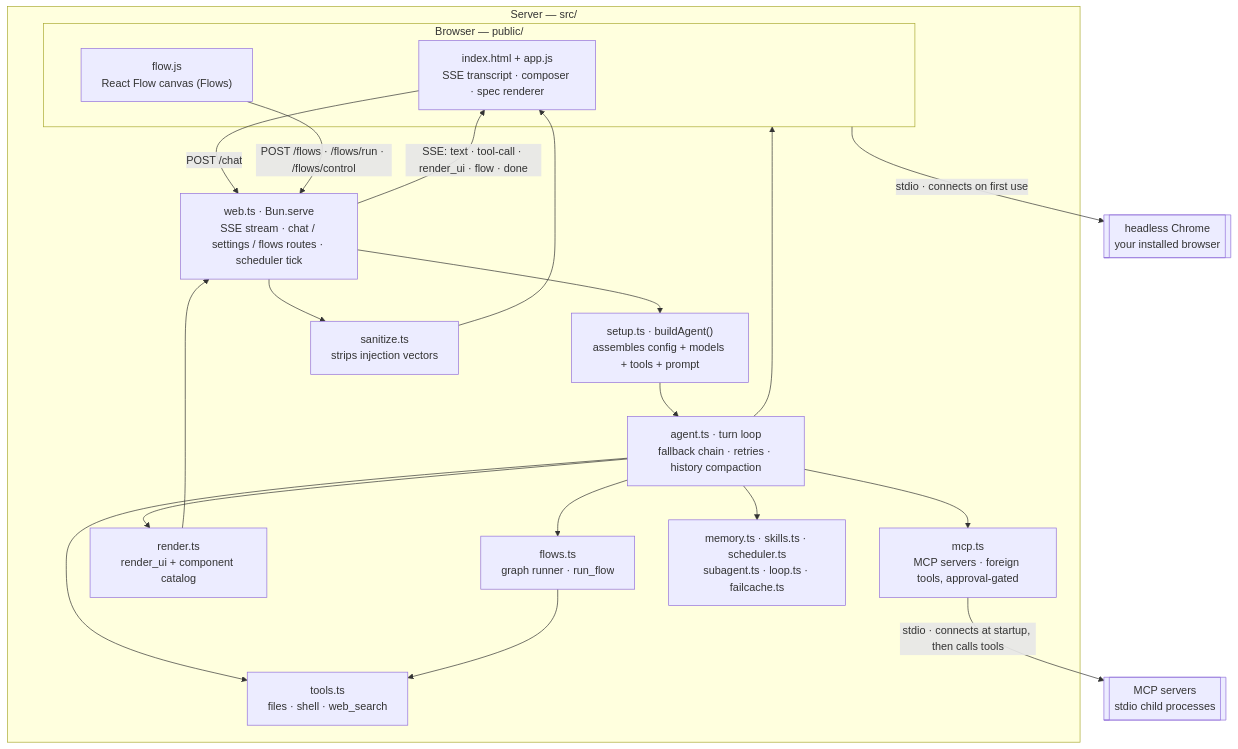
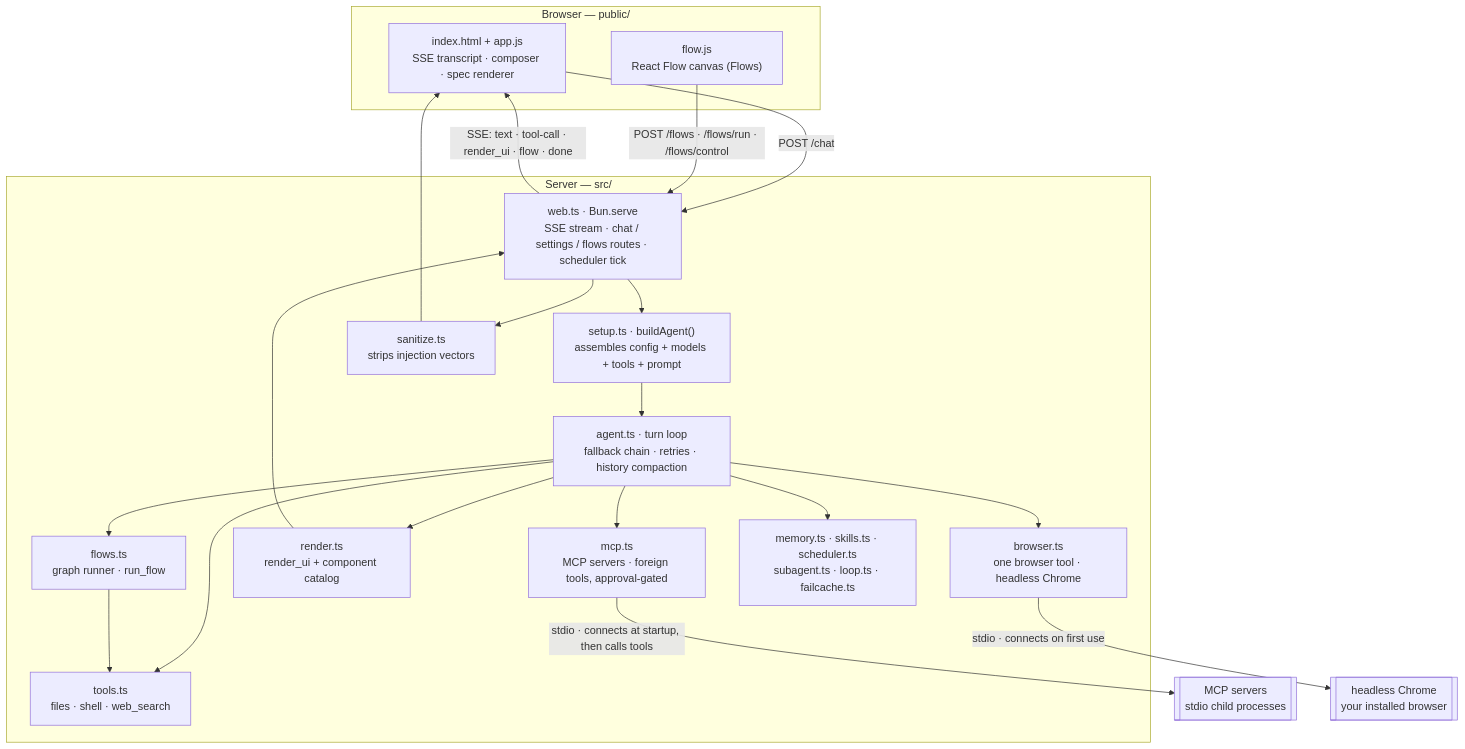
One commit to Adhishtanaka/adhd changed the first of 5 diagrams in README.md. Above: the diagram before and after it, drawn with Mermaid. The commit also changed other lines of this file, not shown here.

Commit message:
fix: rename subgraph and node for clarity in flowchart representation

````diff
--- a/README.md
+++ b/README.md
@@ -74,41 +74,41 @@
 ```mermaid
 flowchart TB
-  subgraph browser["Browser — public/"]
+  subgraph client["Browser — public/"]
     ui["index.html + app.js<br/>SSE transcript · composer · spec renderer"]
     flow["flow.js<br/>React Flow canvas (Flows)"]
   end
 
   subgraph server["Server — src/"]
     web["web.ts · Bun.serve<br/>SSE stream · chat / settings / flows routes · scheduler tick"]
     setup["setup.ts · buildAgent()<br/>assembles config + models + tools + prompt"]
     agent["agent.ts · turn loop<br/>fallback chain · retries · history compaction"]
     tools["tools.ts<br/>files · shell · web_search"]
     browser["browser.ts<br/>one browser tool · headless Chrome"]
     flows["flows.ts<br/>graph runner · run_flow"]
     render["render.ts<br/>render_ui + component catalog"]
     mcp["mcp.ts<br/>MCP servers · foreign tools, approval-gated"]
     extra["memory.ts · skills.ts · scheduler.ts<br/>subagent.ts · loop.ts · failcache.ts"]
     san["sanitize.ts<br/>strips injection vectors"]
   end
 
   srv[["MCP servers<br/>stdio child processes"]]
   chrome[["headless Chrome<br/>your installed browser"]]
 
   ui -- "POST /chat" --> web
   flow -- "POST /flows · /flows/run · /flows/control" --> web
   web -- "SSE: text · tool-call · render_ui · flow · done" --> ui
   web --> setup
   setup --> agent
   mcp -- "stdio · connects at startup, then calls tools" --> srv
   agent --> tools
   agent --> browser
   browser -- "stdio · connects on first use" --> chrome
   agent --> mcp
   agent --> extra
   agent --> render
   agent --> flows
   flows --> tools
   render --> web
   web --> san
   san --> ui
 ```
````
